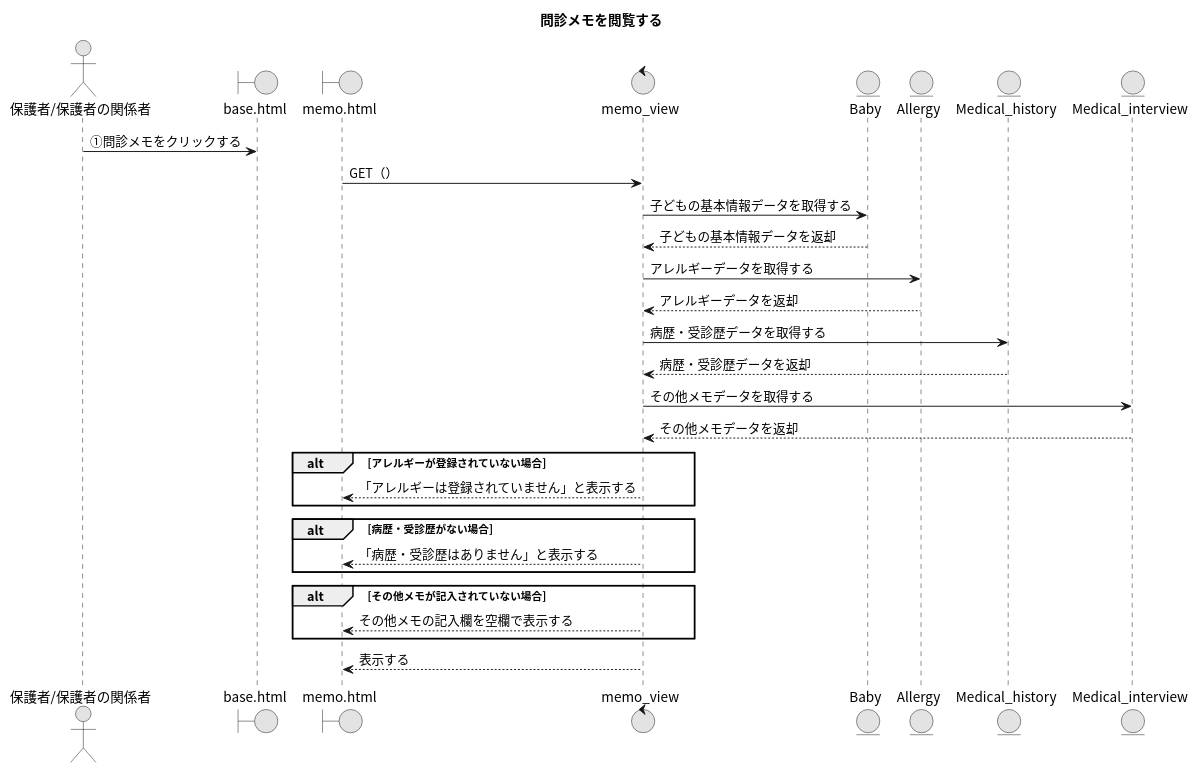
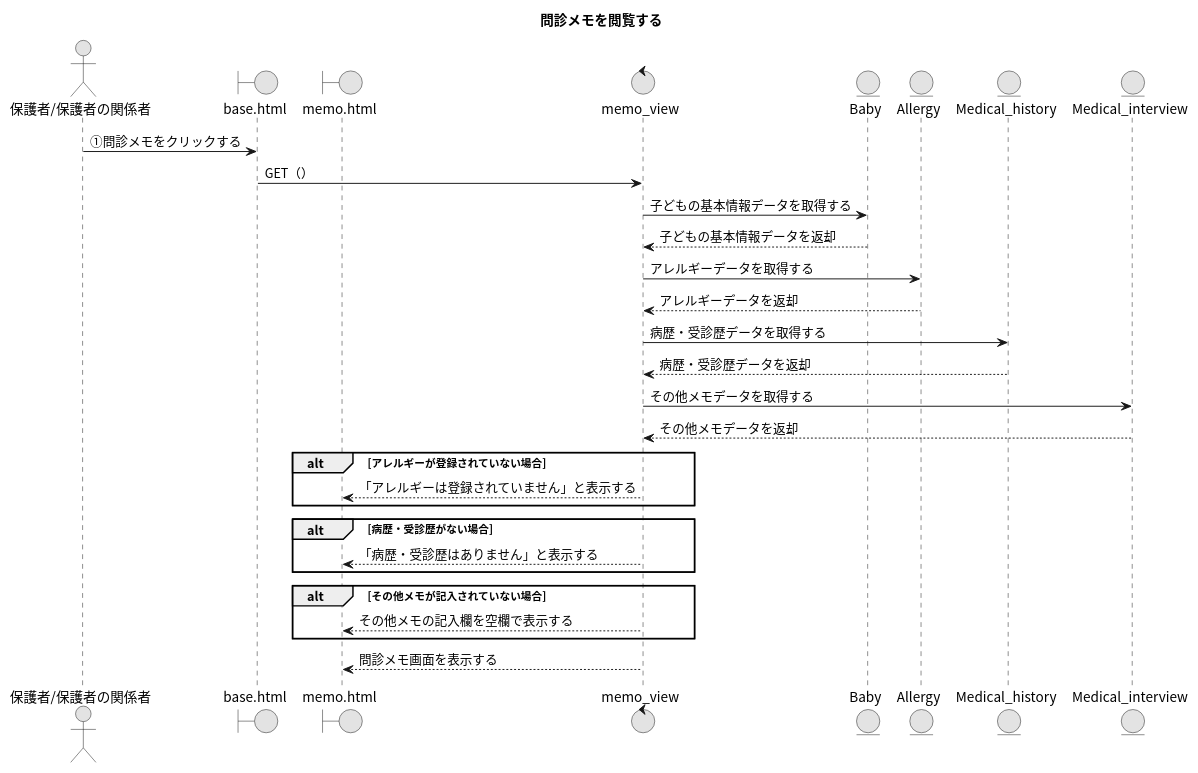
One commit to Ma2naga190330/26_sotugyou_puml changed the diagram in 16_問診メモを閲覧する.puml. Above: the diagram before and after it, drawn with PlantUML. The commit also changed 9 other files, not shown here.

```diff
--- a/16_問診メモを閲覧する.puml
+++ b/16_問診メモを閲覧する.puml
@@ -1,35 +1,35 @@
 @startuml
 title 問診メモを閲覧する
 skinparam defaultFontName "Noto Sans CJK JP"
 skinparam monochrome true
 
 actor "保護者/保護者の関係者" as A
 boundary "base.html" as BP
 boundary "memo.html" as MP
 control "memo_view" as MV
 entity "Baby" as BM
 entity "Allergy" as AM
 entity "Medical_history" as MHM
 entity "Medical_interview" as MIM
 
 A -> BP : ①問診メモをクリックする
-MP -> MV : GET（）
+BP -> MV : GET（）
 MV -> BM : 子どもの基本情報データを取得する
 MV <-- BM : 子どもの基本情報データを返却
 MV -> AM : アレルギーデータを取得する
 MV <-- AM : アレルギーデータを返却
 MV -> MHM : 病歴・受診歴データを取得する
 MV <-- MHM : 病歴・受診歴データを返却
 MV -> MIM : その他メモデータを取得する
 MV <-- MIM : その他メモデータを返却
 alt アレルギーが登録されていない場合
   MV --> MP : 「アレルギーは登録されていません」と表示する
 end
 alt 病歴・受診歴がない場合
   MV --> MP : 「病歴・受診歴はありません」と表示する
 end
 alt その他メモが記入されていない場合
   MV --> MP : その他メモの記入欄を空欄で表示する
 end
-MV --> MP : 表示する
+MV --> MP : 問診メモ画面を表示する
 @enduml
```
